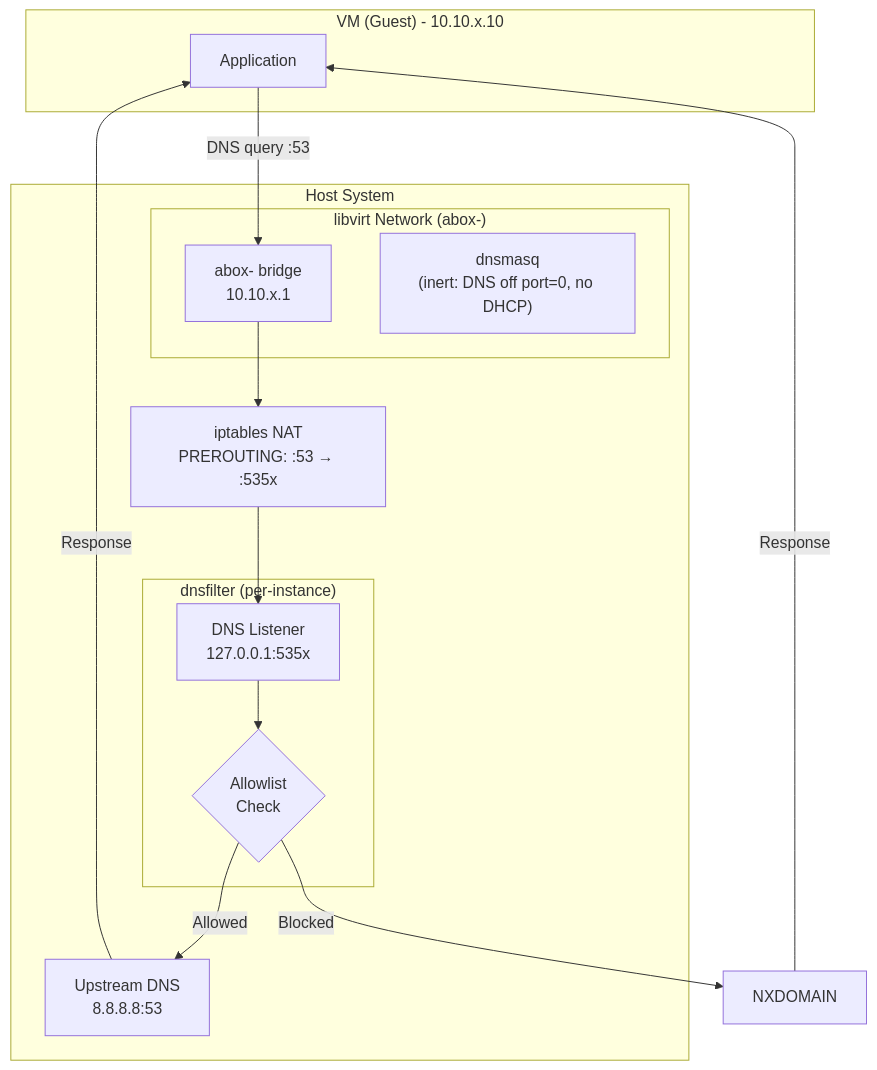
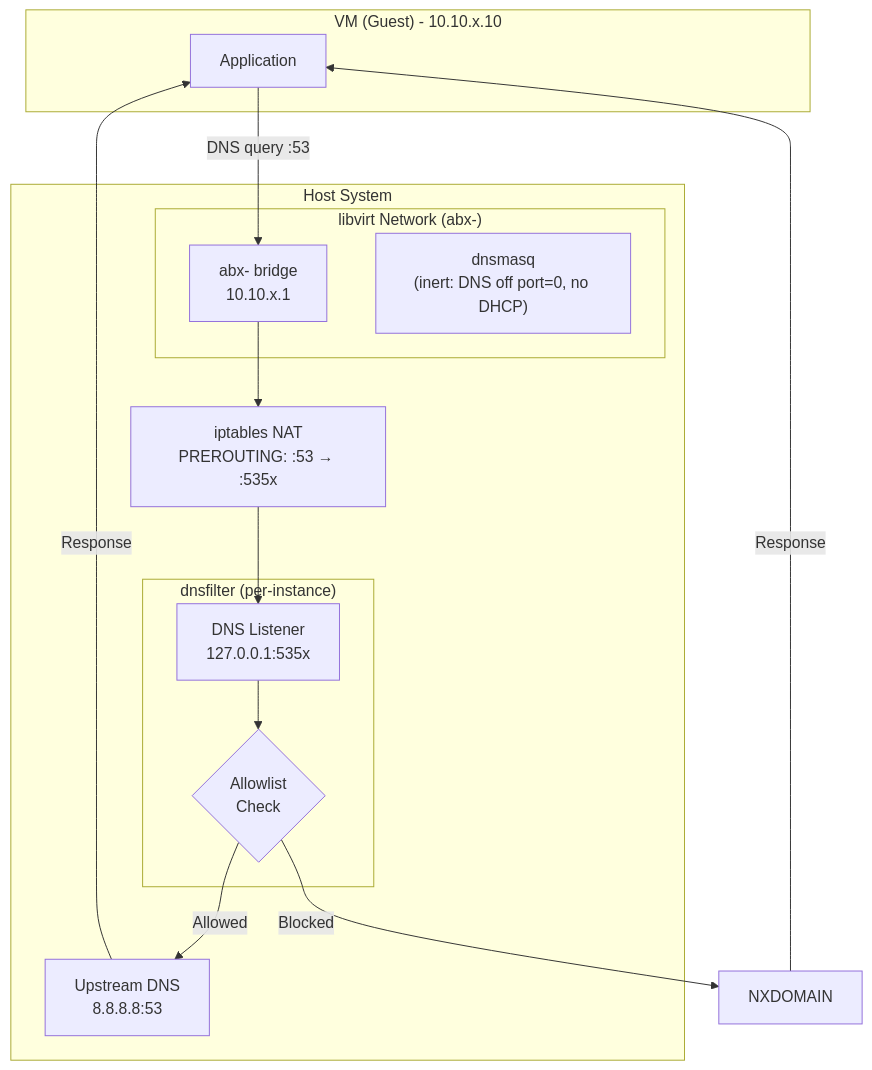
Before and after one commit to sandialabs/abox: the first of 4 diagrams in docs/filtering.md, drawn with Mermaid. The commit also changed other lines of this file and 59 other files, not shown here.

````diff
--- a/docs/filtering.md
+++ b/docs/filtering.md
@@ -15,31 +15,31 @@
 ```mermaid
 flowchart TB
     subgraph VM["VM (Guest) - 10.10.x.10"]
         app[Application]
     end
 
     subgraph Host["Host System"]
-        subgraph libvirt["libvirt Network (abox-<name>)"]
-            bridge["abox-<name> bridge<br/>10.10.x.1"]
+        subgraph libvirt["libvirt Network (abx-<hash>)"]
+            bridge["abx-<hash> bridge<br/>10.10.x.1"]
             dnsmasq["dnsmasq<br/>(inert: DNS off port=0, no DHCP)"]
         end
 
         iptables["iptables NAT<br/>PREROUTING: :53 → :535x"]
 
         subgraph dnsfilter["dnsfilter (per-instance)"]
             listener["DNS Listener<br/>127.0.0.1:535x"]
             filter{Allowlist<br/>Check}
         end
 
         upstream["Upstream DNS<br/>8.8.8.8:53"]
     end
 
     app -->|"DNS query :53"| bridge
     bridge --> iptables
     iptables --> listener
     listener --> filter
     filter -->|Allowed| upstream
     filter -->|Blocked| nxdomain[NXDOMAIN]
     upstream -->|Response| app
     nxdomain -->|Response| app
 ```
````
